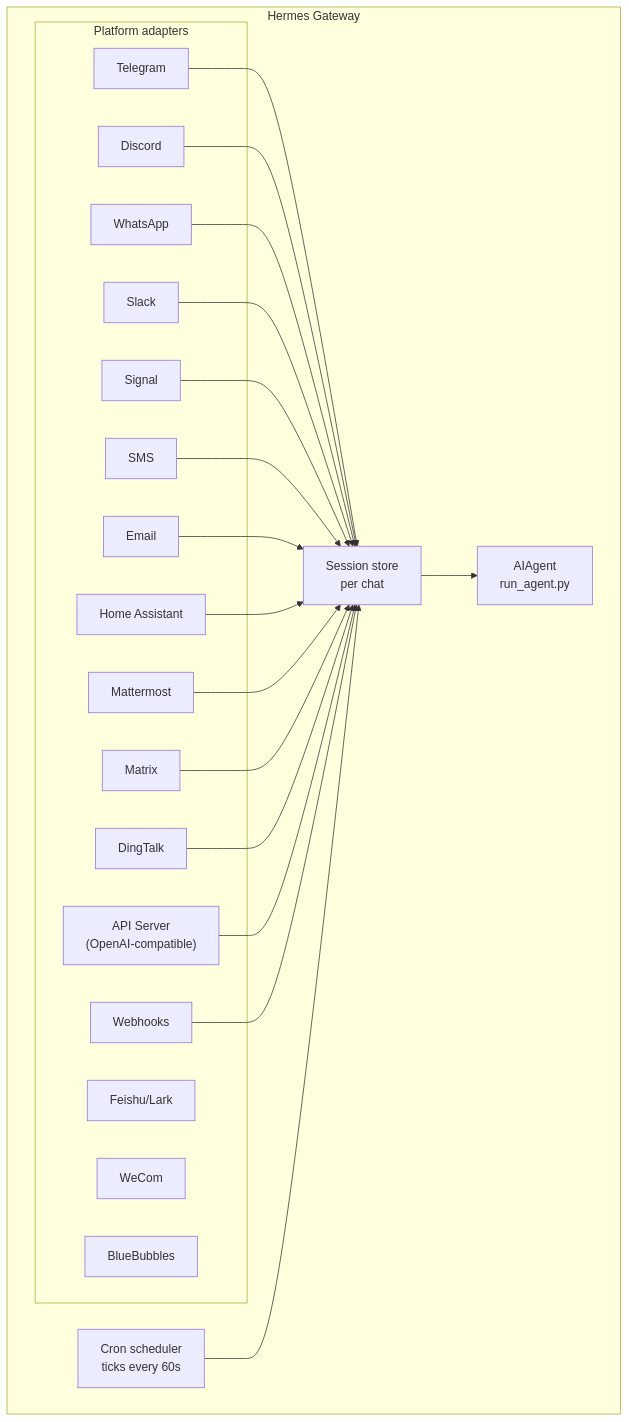
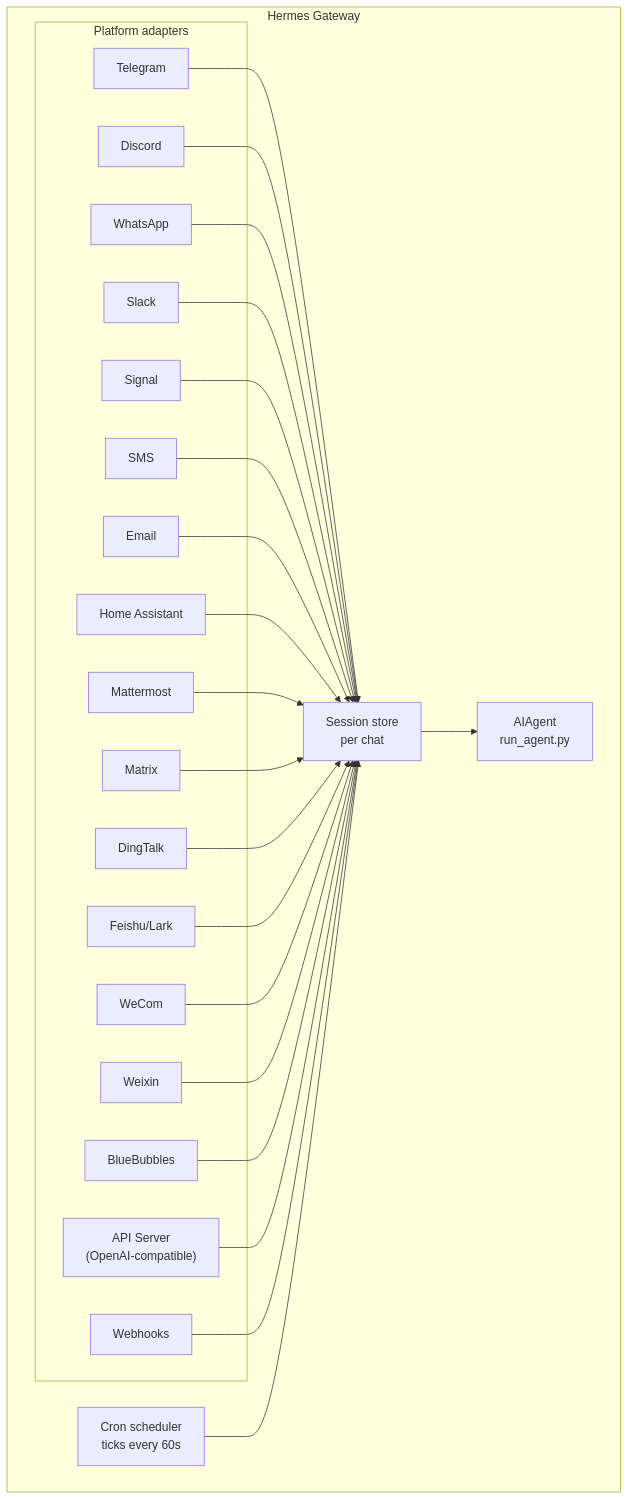
Before and after one commit to NousResearch/hermes-agent: the diagram in website/docs/user-guide/messaging/index.md, drawn with Mermaid. The commit also changed other lines of this file and 15 other files, not shown here.

````diff
--- a/website/docs/user-guide/messaging/index.md
+++ b/website/docs/user-guide/messaging/index.md
@@ -36,43 +37,48 @@
 ```mermaid
 flowchart TB
     subgraph Gateway["Hermes Gateway"]
         subgraph Adapters["Platform adapters"]
             tg[Telegram]
             dc[Discord]
             wa[WhatsApp]
             sl[Slack]
             sig[Signal]
             sms[SMS]
             em[Email]
             ha[Home Assistant]
             mm[Mattermost]
             mx[Matrix]
             dt[DingTalk]
     fs[Feishu/Lark]
     wc[WeCom]
+    wx[Weixin]
     bb[BlueBubbles]
             api["API Server<br/>(OpenAI-compatible)"]
             wh[Webhooks]
         end
 
         store["Session store<br/>per chat"]
         agent["AIAgent<br/>run_agent.py"]
         cron["Cron scheduler<br/>ticks every 60s"]
     end
 
     tg --> store
     dc --> store
     wa --> store
     sl --> store
     sig --> store
     sms --> store
     em --> store
     ha --> store
     mm --> store
     mx --> store
     dt --> store
+    fs --> store
+    wc --> store
+    wx --> store
+    bb --> store
     api --> store
     wh --> store
     store --> agent
     cron --> store
 ```
````
